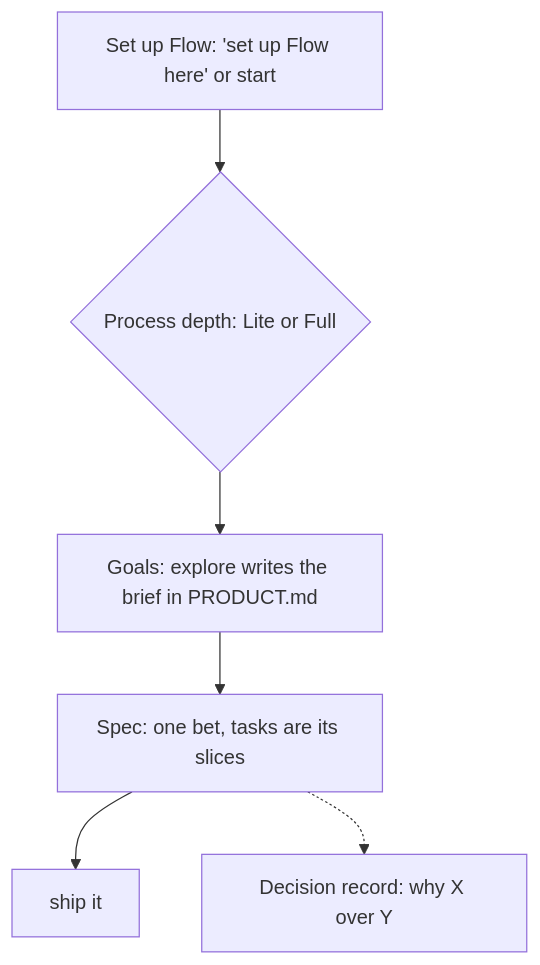
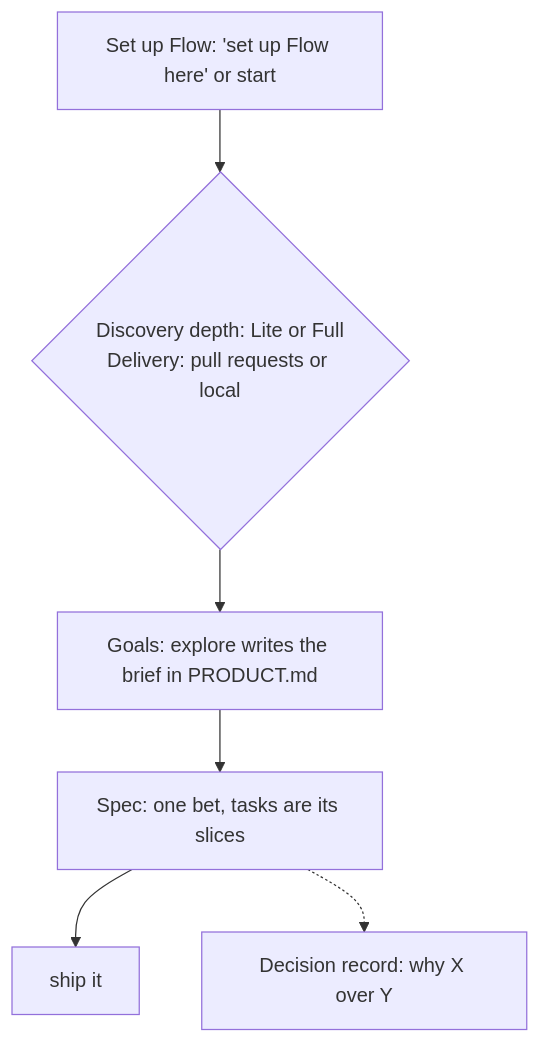
One commit to gaboesquivel/flow-skills changed the first of 2 diagrams in README.md. Above: the diagram before and after it, drawn with Mermaid. The commit also changed other lines of this file and 30 other files, not shown here.

````diff
--- a/README.md
+++ b/README.md
@@ -17,11 +17,11 @@
 ```mermaid
 flowchart TB
   setup["Set up Flow: 'set up Flow here' or start"]
-  depth{"Process depth: Lite or Full"}
+  depth{"Discovery depth: Lite or Full<br/>Delivery: pull requests or local"}
   goals["Goals: explore writes the brief in PRODUCT.md"]
   spec["Spec: one bet, tasks are its slices"]
   decision["Decision record: why X over Y"]
   ship["ship it"]
   setup --> depth --> goals --> spec --> ship
   spec -.-> decision
 ```
````
